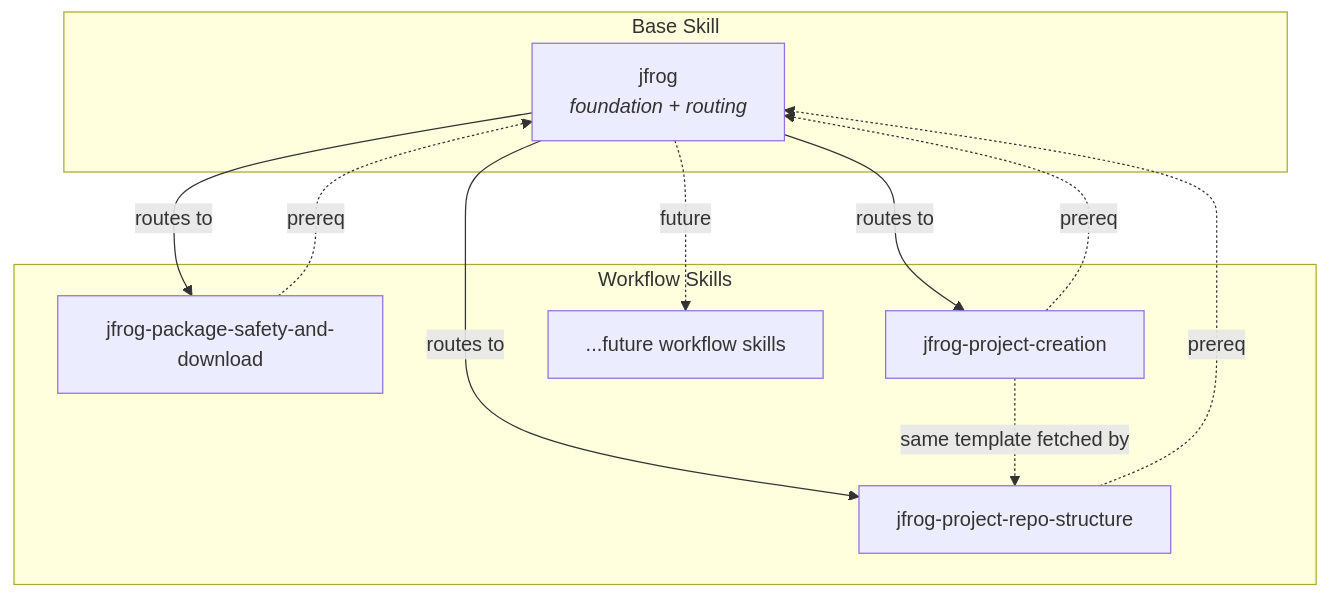
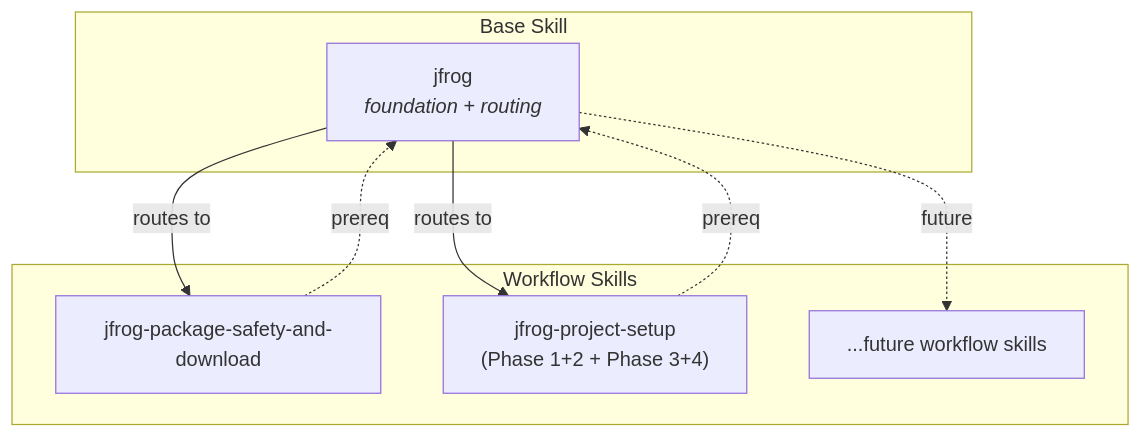
The first of 2 diagrams in ARCHITECTURE.md (jfrog/jfrog-skills), drawn with Mermaid before and after one commit. The commit also changed other lines of this file and 17 other files, not shown here.

````diff
--- a/ARCHITECTURE.md
+++ b/ARCHITECTURE.md
@@ -9,22 +9,18 @@
 ```mermaid
 flowchart TD
     subgraph base ["Base Skill"]
         JF["jfrog<br/><i>foundation + routing</i>"]
     end
 
     subgraph workflows ["Workflow Skills"]
         PS["jfrog-package-safety-and-download"]
-        PC["jfrog-project-creation"]
-        PR["jfrog-project-repo-structure"]
+        PSet["jfrog-project-setup<br/>(Phase 1+2 + Phase 3+4)"]
         Future["...future workflow skills"]
     end
 
     JF -->|"routes to"| PS
-    JF -->|"routes to"| PC
-    JF -->|"routes to"| PR
+    JF -->|"routes to"| PSet
     JF -.->|"future"| Future
     PS -.->|"prereq"| JF
-    PC -.->|"prereq"| JF
-    PR -.->|"prereq"| JF
-    PC -.->|"same template fetched by"| PR
+    PSet -.->|"prereq"| JF
 ```
````
